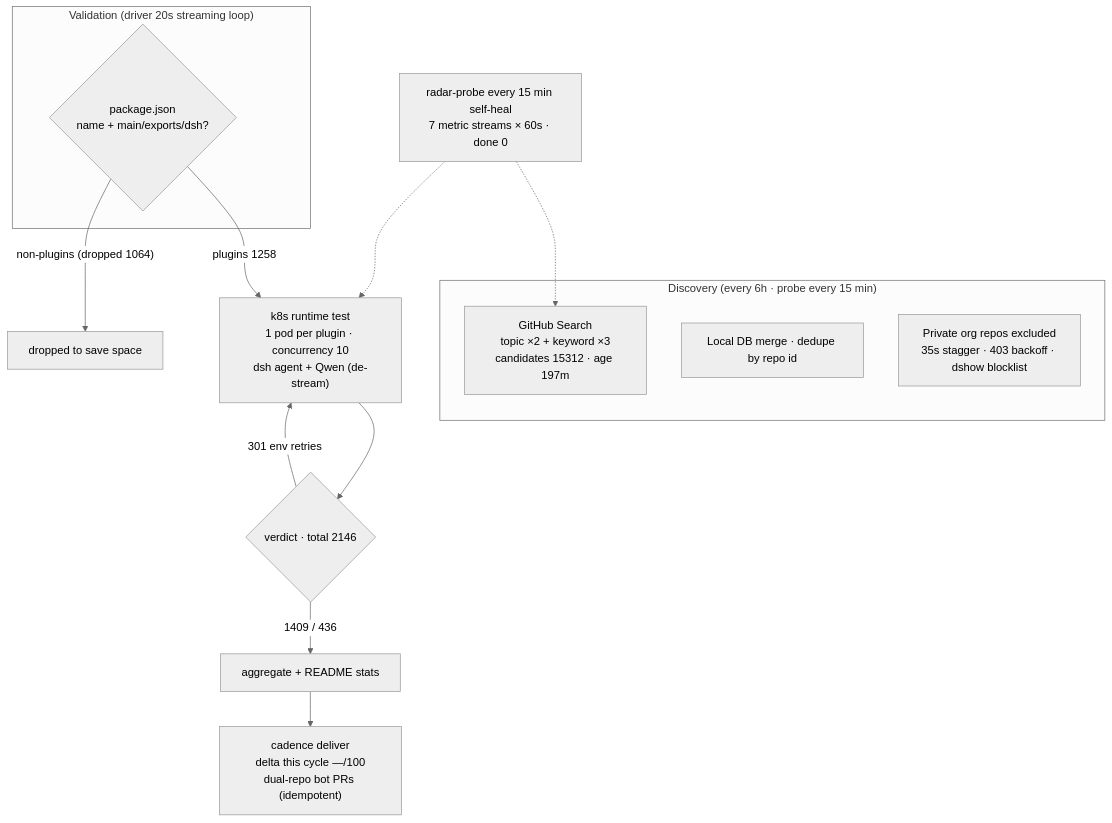
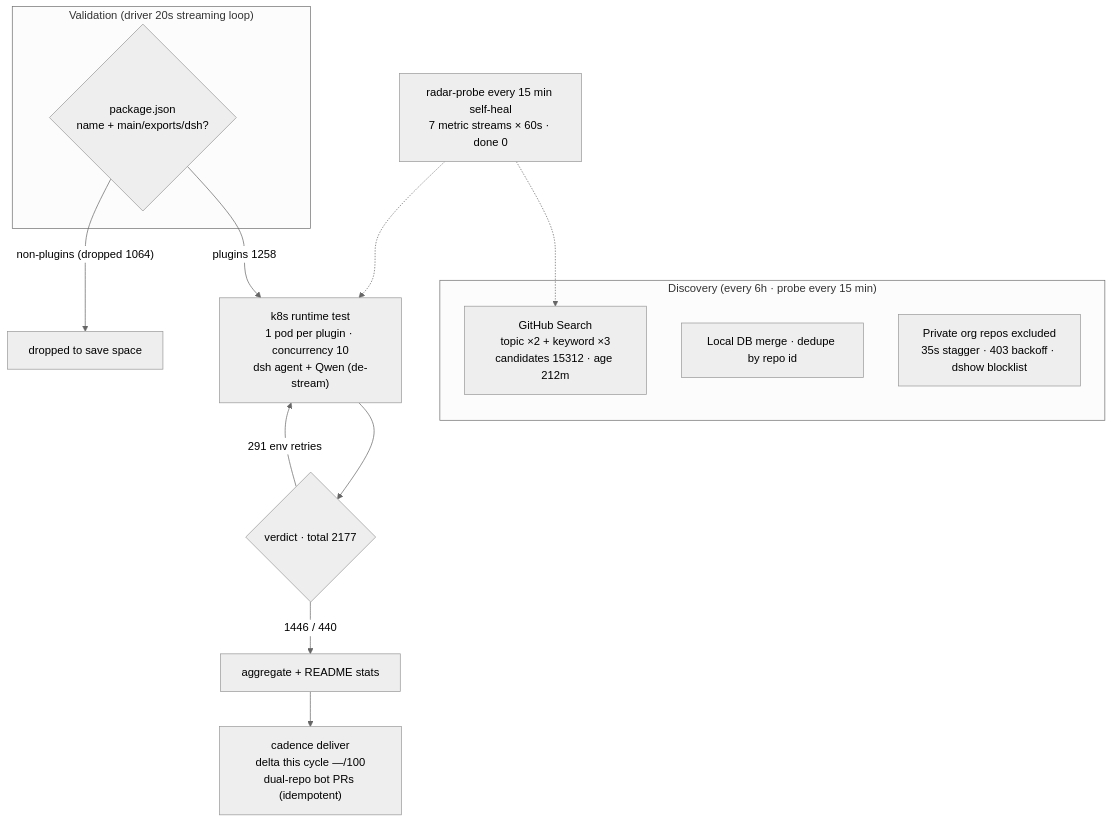
Before and after one commit to AdamPlatin123/awesome-dsh-plugins: the diagram in README.en-US.md, drawn with Mermaid (neutral theme). The commit also changed other lines of this file and 5 other files, not shown here.

````diff
--- a/README.en-US.md
+++ b/README.en-US.md
@@ -30,20 +30,20 @@
 ```mermaid
 flowchart TB
     subgraph Discovery["Discovery (every 6h · probe every 15 min)"]
-        A1["GitHub Search<br/>topic ×2 + keyword ×3<br/>candidates 15312 · age 197m"]
+        A1["GitHub Search<br/>topic ×2 + keyword ×3<br/>candidates 15312 · age 212m"]
         A2["Local DB merge · dedupe by repo id"]
         A3["Private org repos excluded<br/>35s stagger · 403 backoff · dshow blocklist"]
     end
     subgraph Validation["Validation (driver 20s streaming loop)"]
         B1{"package.json<br/>name + main/exports/dsh?"}
     end
     B1 -->|"plugins 1258"| C1["k8s runtime test<br/>1 pod per plugin · concurrency 10<br/>dsh agent + Qwen (de-stream)"]
     B1 -->|"non-plugins (dropped 1064)"| B3["dropped to save space"]
-    C1 --> D1{"verdict · total 2146"}
-    D1 -->|"1409 / 436"| E1["aggregate + README stats"]
-    D1 -->|"301 env retries"| C1
+    C1 --> D1{"verdict · total 2177"}
+    D1 -->|"1446 / 440"| E1["aggregate + README stats"]
+    D1 -->|"291 env retries"| C1
     E1 --> E2["cadence deliver<br/>delta this cycle —/100<br/>dual-repo bot PRs (idempotent)"]
     M["radar-probe every 15 min self-heal<br/>7 metric streams × 60s · done 0"]
     M -.-> A1
     M -.-> C1
 ```
````
